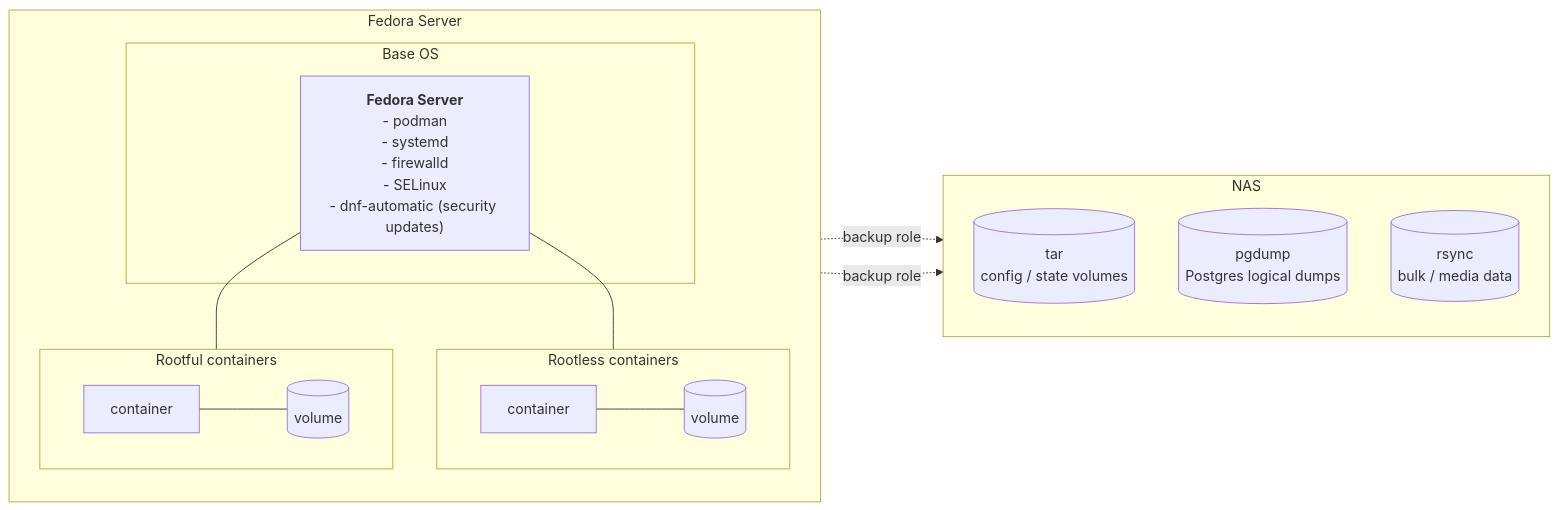
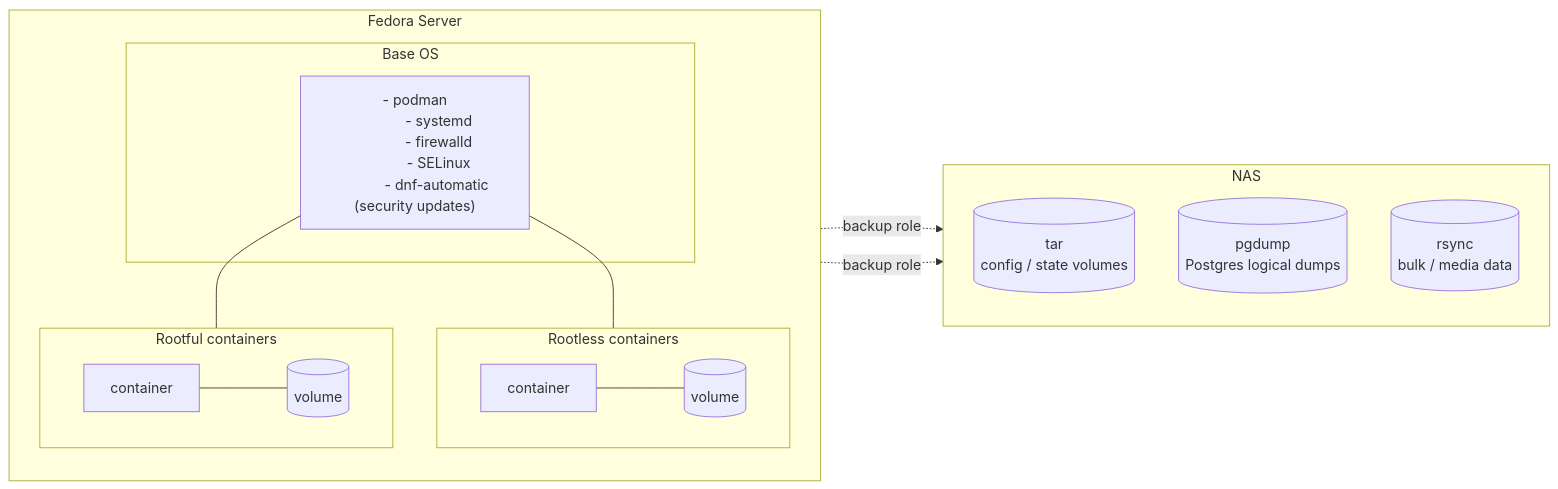
One commit to luckynrslevin/home-server changed the diagram in README.md. Above: the diagram before and after it, drawn with Mermaid.

Commit message:
docs(readme): drop duplicate Fedora Server label inside base OS box

````diff
--- a/README.md
+++ b/README.md
@@ -111,38 +111,37 @@
 ```mermaid
 graph LR
     subgraph HOST["Fedora Server"]
         direction TB
 
         subgraph ROOTFUL["Rootful containers"]
             direction LR
             RFC["container"] --- RFV[("volume")]
         end
 
         subgraph ROOTLESS["Rootless containers"]
             direction LR
             RLC["container"] --- RLV[("volume")]
         end
 
         subgraph OS["Base OS"]
-            KERNEL["`**Fedora Server**
-            - podman
+            KERNEL["`- podman
             - systemd
             - firewalld
             - SELinux
             - dnf-automatic (security updates)`"]
         end
 
         KERNEL --- ROOTFUL
         KERNEL --- ROOTLESS
     end
 
     subgraph NAS["NAS"]
         direction TB
         TAR[("tar<br/>config / state volumes")]
         PGD[("pgdump<br/>Postgres logical dumps")]
         RSY[("rsync<br/>bulk / media data")]
     end
 
     ROOTFUL -. "backup role" .-> NAS
     ROOTLESS -. "backup role" .-> NAS
 ```
````
